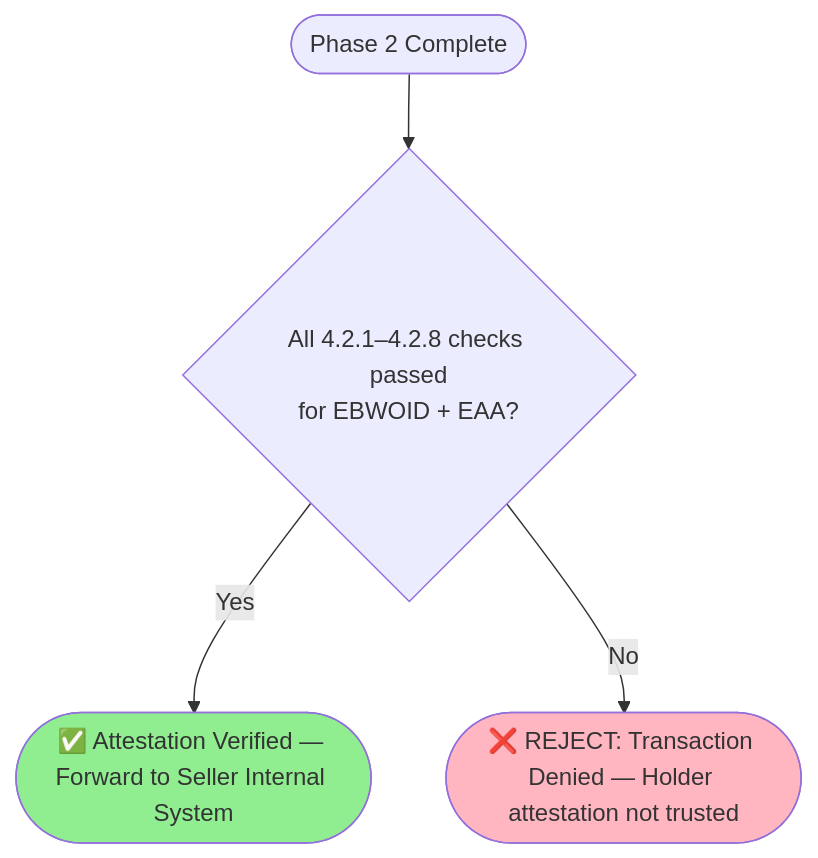
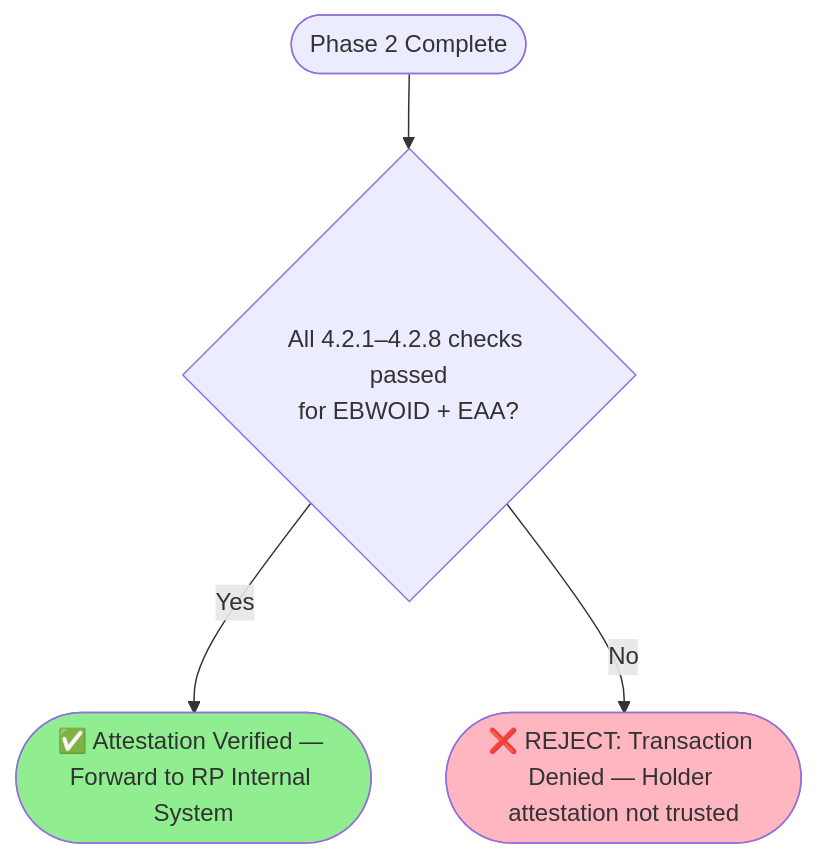
One commit to webuild-consortium/webuild-attestation-rulebooks-catalog changed the eighth of 8 diagrams in rulebooks/rb-base/holder-authorization-handshake.md. Above: the diagram before and after it, drawn with Mermaid. The commit also changed other lines of this file, not shown here.

````diff
--- a/rulebooks/rb-base/holder-authorization-handshake.md
+++ b/rulebooks/rb-base/holder-authorization-handshake.md
@@ -271,9 +397,9 @@
 ```mermaid
 flowchart TD
 A([Phase 2 Complete]) --> B{All 4.2.1–4.2.8 checks passed\nfor EBWOID + EAA?}
-B -- Yes --> C([✅ Attestation Verified — Forward to Seller Internal System])
+B -- Yes --> C([✅ Attestation Verified — Forward to RP Internal System])
 B -- No --> D([❌ REJECT: Transaction Denied — Holder attestation not trusted])
 
     style C fill:#90EE90
     style D fill:#FFB6C1
 ```
````
